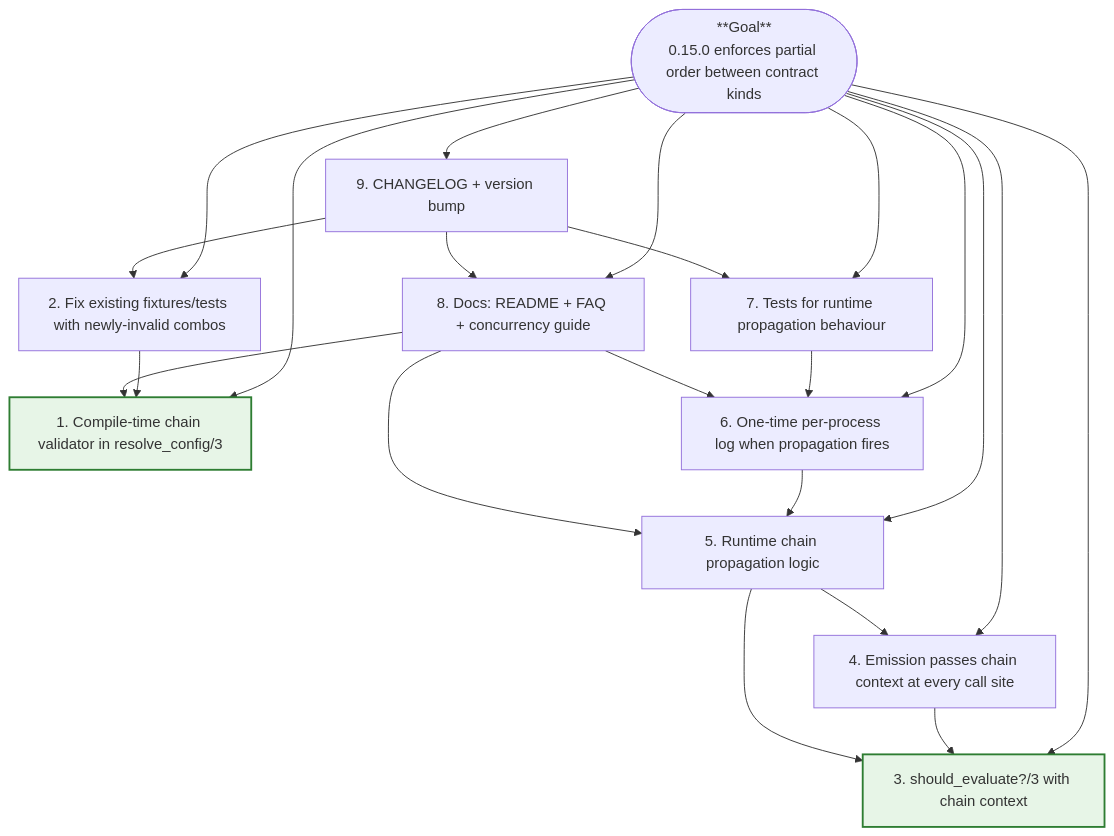
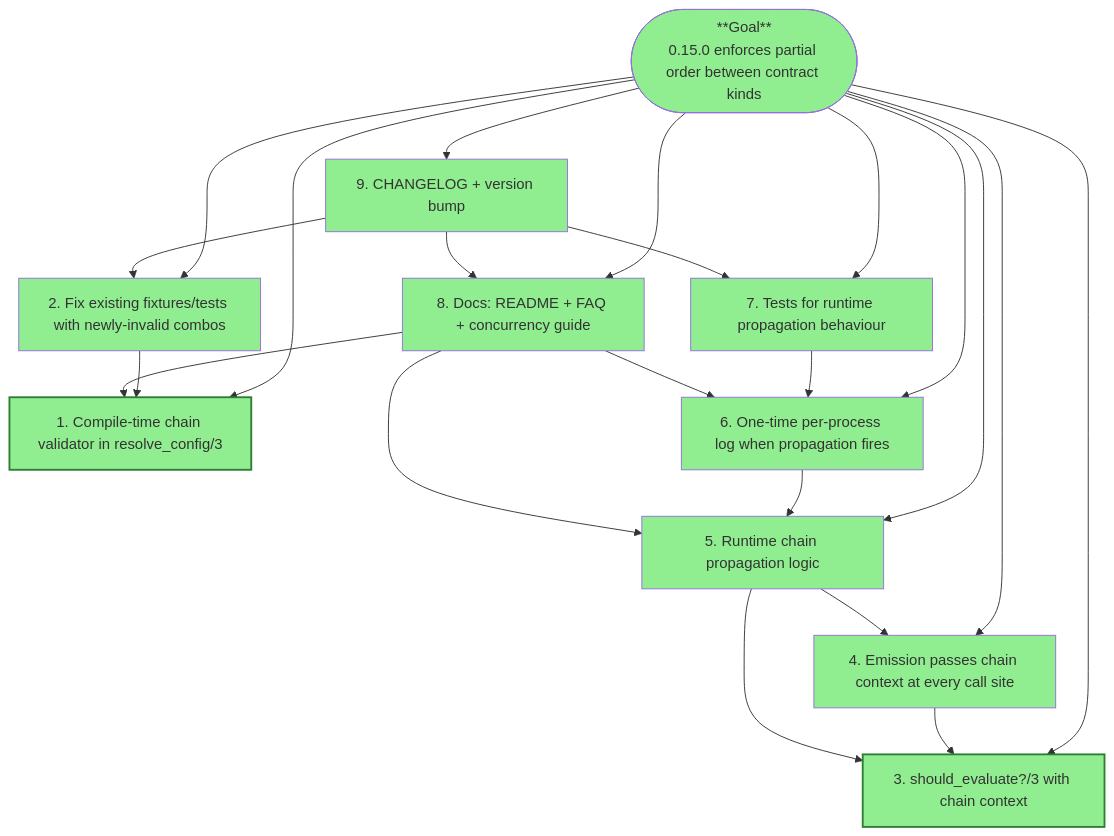
Before and after one commit to jvoegele/bond: the diagram in mikado/contract-chain.mmd, drawn with Mermaid. The commit also changed 12 other files, not shown here.

First line of the commit message:
Convert remaining .dot Mikado graphs to Mermaid; mark all completed

```diff
--- a/mikado/contract-chain.mmd
+++ b/mikado/contract-chain.mmd
@@ -1,39 +1,50 @@
 flowchart TD
 %% Mikado graph for the 0.15.0 contract-chain partial-order work.
 
 %% Each numbered node is a commit-sized step. Arrows point from a goal to its
 %% prerequisites — leaves (green) have no further prerequisites and are safe to
 %% start with. Depth-first per Mikado: pick a leaf, finish it, commit, repeat.
 
 %% Chain: preconditions ≤ postconditions ≤ invariants. `:checks` is orthogonal.
 %% Constraints:
 %%   - Compile-time: `:purge` of a lower kind ⇒ all higher kinds must also be `:purge`.
 %%   - Runtime: `false` for a lower kind ⇒ all higher kinds are skipped.
 
     G(["**Goal**<br/>0.15.0 enforces partial order between contract kinds"])
 
     G --> S1[1. Compile-time chain validator in resolve_config/3]
     G --> S2[2. Fix existing fixtures/tests with newly-invalid combos]
     G --> S3[3. should_evaluate?/3 with chain context]
     G --> S4[4. Emission passes chain context at every call site]
     G --> S5[5. Runtime chain propagation logic]
     G --> S6[6. One-time per-process log when propagation fires]
     G --> S7[7. Tests for runtime propagation behaviour]
     G --> S8[8. Docs: README + FAQ + concurrency guide]
     G --> S9[9. CHANGELOG + version bump]
 
     S2 --> S1
     S4 --> S3
     S5 --> S3
     S5 --> S4
     S6 --> S5
     S7 --> S6
     S8 --> S1
     S8 --> S5
     S8 --> S6
     S9 --> S2
     S9 --> S7
     S9 --> S8
 
     classDef leaf fill:#e7f5e7,stroke:#2e7d32,stroke-width:2px;
     class S1,S3 leaf;
+
+    style G fill:#90EE90
+    style S1 fill:#90EE90
+    style S2 fill:#90EE90
+    style S3 fill:#90EE90
+    style S4 fill:#90EE90
+    style S5 fill:#90EE90
+    style S6 fill:#90EE90
+    style S7 fill:#90EE90
+    style S8 fill:#90EE90
+    style S9 fill:#90EE90
```
